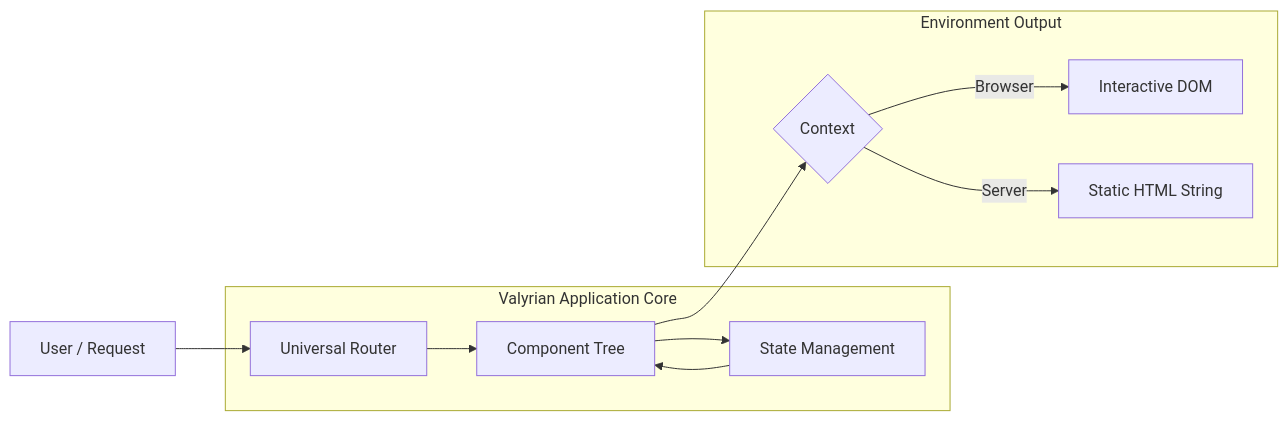
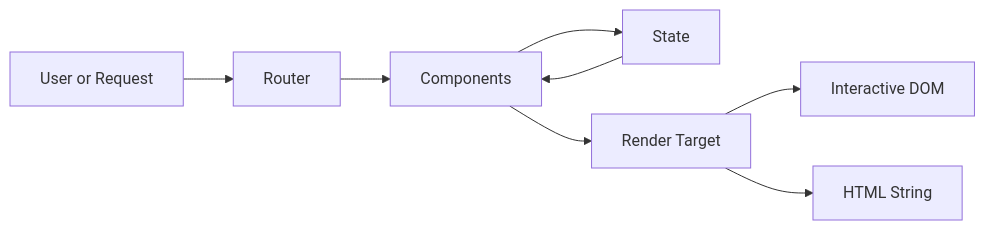
The diagram in docs/1-introduction.md (Masquerade-Circus/valyrian.js), drawn with Mermaid before and after one commit. The commit also changed other lines of this file and 171 other files, not shown here.

````diff
--- a/docs/1-introduction.md
+++ b/docs/1-introduction.md
@@ -33,22 +41,10 @@
 ```mermaid
-graph LR
-    Input[User / Request] --> Router
-    
-    subgraph "Valyrian Application Core"
-        Router[Universal Router]
-        State[State Management]
-        Components[Component Tree]
-        
-        Router --> Components
-        State --> Components
-        Components --> State
-    end
-
-    Components --> Output
-    
-    subgraph "Environment Output"
-        Output{Context}
-        Output -->|Browser| DOM[Interactive DOM]
-        Output -->|Server| HTML[Static HTML String]
-    end
+flowchart LR
+    input[User or Request] --> router[Router]
+    router --> components[Components]
+    state[State] --> components
+    components --> state
+    components --> target[Render Target]
+    target --> dom[Interactive DOM]
+    target --> html[HTML String]
 ```
````
